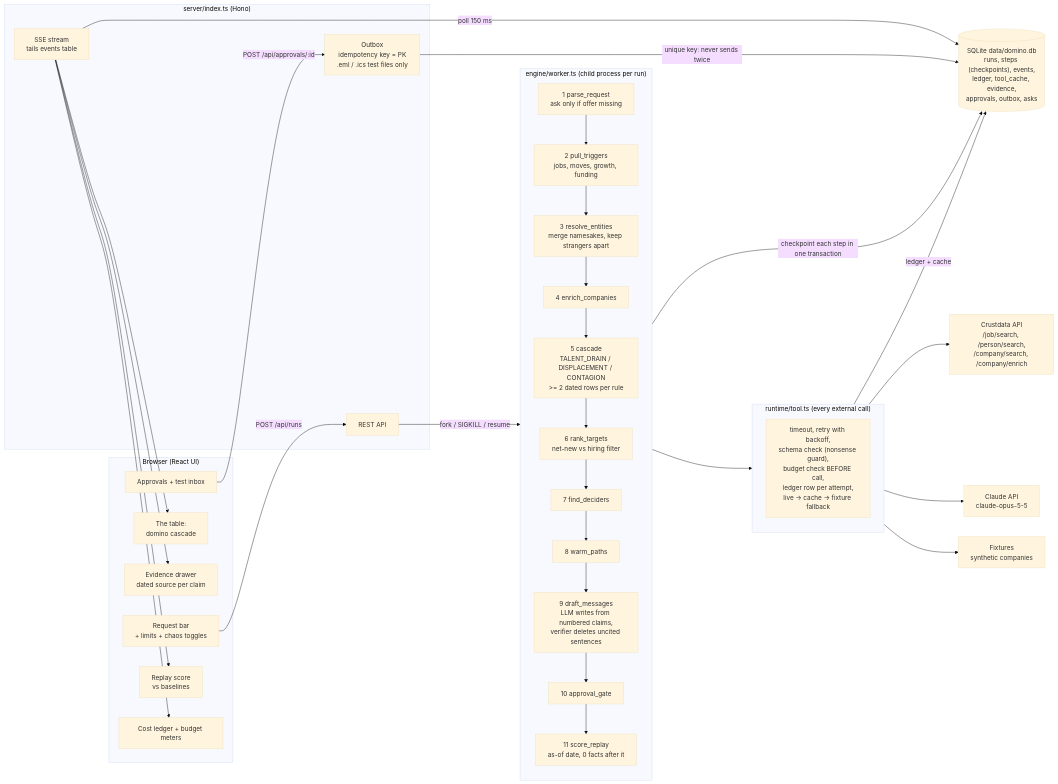
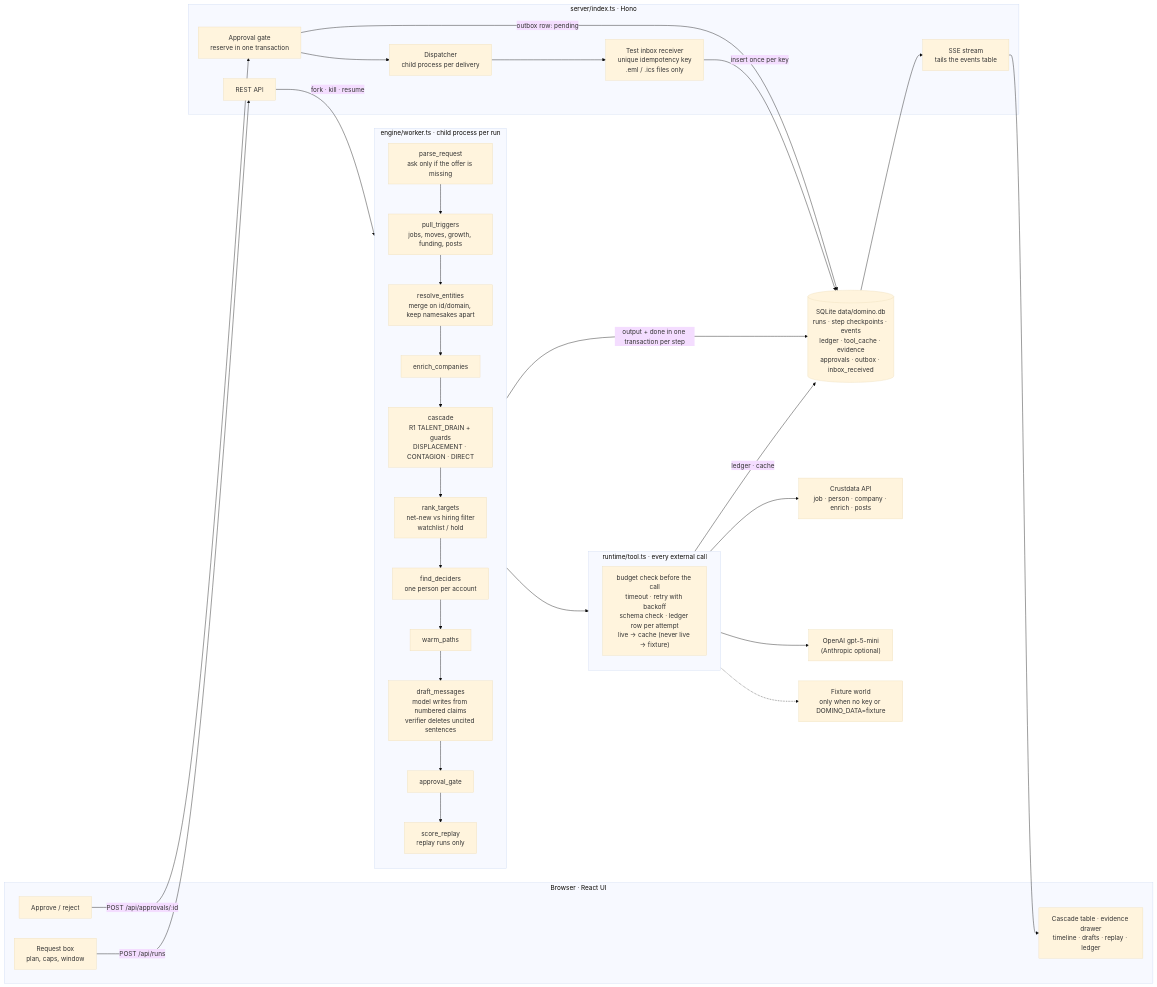
Before and after one commit to Begarudev/domino: the diagram in docs/architecture.mmd, drawn with Mermaid (base theme). The commit also changed 1 other file, not shown here.

Commit message:
README for submission: customer and service, scope, fresh-clone setup (verified), stack, architecture, how it decides, live vs cached, send-once, ledger example, experiments with the honest zero and the replay, limitations; Mermaid diagram matches the code

```diff
--- a/docs/architecture.mmd
+++ b/docs/architecture.mmd
@@ -1,57 +1,53 @@
 flowchart LR
-  subgraph Browser["Browser (React UI)"]
-    REQ["Request bar<br/>+ limits + chaos toggles"]
-    TABLE["The table:<br/>domino cascade"]
-    DRAWER["Evidence drawer<br/>dated source per claim"]
-    INBOX["Approvals + test inbox"]
-    REPLAY["Replay score<br/>vs baselines"]
-    LEDGER["Cost ledger + budget meters"]
+  subgraph Browser["Browser · React UI"]
+    REQ["Request box<br/>plan, caps, window"]
+    VIEW["Cascade table · evidence drawer<br/>timeline · drafts · replay · ledger"]
+    APPROVE["Approve / reject"]
   end
 
-  subgraph Server["server/index.ts (Hono)"]
+  subgraph Server["server/index.ts · Hono"]
     API["REST API"]
-    SSE["SSE stream<br/>tails events table"]
-    OUTBOX["Outbox<br/>idempotency key = PK<br/>.eml / .ics test files only"]
+    SSE["SSE stream<br/>tails the events table"]
+    GATE["Approval gate<br/>reserve in one transaction"]
+    DISPATCH["Dispatcher<br/>child process per delivery"]
+    INBOX["Test inbox receiver<br/>unique idempotency key<br/>.eml / .ics files only"]
   end
 
-  subgraph Engine["engine/worker.ts (child process per run)"]
+  subgraph Engine["engine/worker.ts · child process per run"]
     direction TB
-    S1["1 parse_request<br/>ask only if offer missing"]
-    S2["2 pull_triggers<br/>jobs, moves, growth, funding"]
-    S3["3 resolve_entities<br/>merge namesakes, keep strangers apart"]
-    S4["4 enrich_companies"]
-    S5["5 cascade<br/>TALENT_DRAIN / DISPLACEMENT / CONTAGION<br/>>= 2 dated rows per rule"]
-    S6["6 rank_targets<br/>net-new vs hiring filter"]
-    S7["7 find_deciders"]
-    S8["8 warm_paths"]
-    S9["9 draft_messages<br/>LLM writes from numbered claims,<br/>verifier deletes uncited sentences"]
-    S10["10 approval_gate"]
-    S11["11 score_replay<br/>as-of date, 0 facts after it"]
+    S1["parse_request<br/>ask only if the offer is missing"]
+    S2["pull_triggers<br/>jobs, moves, growth, funding, posts"]
+    S3["resolve_entities<br/>merge on id/domain, keep namesakes apart"]
+    S4["enrich_companies"]
+    S5["cascade<br/>R1 TALENT_DRAIN + guards<br/>DISPLACEMENT · CONTAGION · DIRECT"]
+    S6["rank_targets<br/>net-new vs hiring filter<br/>watchlist / hold"]
+    S7["find_deciders<br/>one person per account"]
+    S8["warm_paths"]
+    S9["draft_messages<br/>model writes from numbered claims<br/>verifier deletes uncited sentences"]
+    S10["approval_gate"]
+    S11["score_replay<br/>replay runs only"]
     S1 --> S2 --> S3 --> S4 --> S5 --> S6 --> S7 --> S8 --> S9 --> S10 --> S11
   end
 
-  subgraph Tool["runtime/tool.ts (every external call)"]
-    T["timeout, retry with backoff,<br/>schema check (nonsense guard),<br/>budget check BEFORE call,<br/>ledger row per attempt,<br/>live -> cache -> fixture fallback"]
+  subgraph Tool["runtime/tool.ts · every external call"]
+    T["budget check before the call<br/>timeout · retry with backoff<br/>schema check · ledger row per attempt<br/>live → cache (never live → fixture)"]
   end
 
-  DB[("SQLite data/domino.db<br/>runs, steps (checkpoints), events,<br/>ledger, tool_cache, evidence,<br/>approvals, outbox, asks")]
-
-  CD["Crustdata API<br/>/job/search, /person/search,<br/>/company/search, /company/enrich"]
-  LLM["Claude API<br/>claude-opus-5-5"]
-  FX["Fixtures<br/>synthetic companies"]
+  DB[("SQLite data/domino.db<br/>runs · step checkpoints · events<br/>ledger · tool_cache · evidence<br/>approvals · outbox · inbox_received")]
+  CD["Crustdata API<br/>job · person · company · enrich · posts"]
+  LLM["OpenAI gpt-5-mini<br/>(Anthropic optional)"]
+  FX["Fixture world<br/>only when no key or DOMINO_DATA=fixture"]
 
   REQ -->|POST /api/runs| API
-  API -->|fork / SIGKILL / resume| Engine
+  API -->|fork · kill · resume| Engine
   Engine --> Tool
   Tool --> CD
   Tool --> LLM
-  Tool --> FX
-  Engine -->|checkpoint each step in one transaction| DB
-  Tool -->|ledger + cache| DB
-  SSE -->|poll 150 ms| DB
-  SSE --> TABLE
-  SSE --> DRAWER
-  SSE --> LEDGER
-  SSE --> REPLAY
-  INBOX -->|POST /api/approvals/:id| OUTBOX
-  OUTBOX -->|unique key: never sends twice| DB
+  Tool -.-> FX
+  Engine -->|output + done in one transaction per step| DB
+  Tool -->|ledger · cache| DB
+  DB --> SSE --> VIEW
+  APPROVE -->|POST /api/approvals/:id| GATE
+  GATE -->|outbox row: pending| DB
+  GATE --> DISPATCH --> INBOX
+  INBOX -->|insert once per key| DB
```
